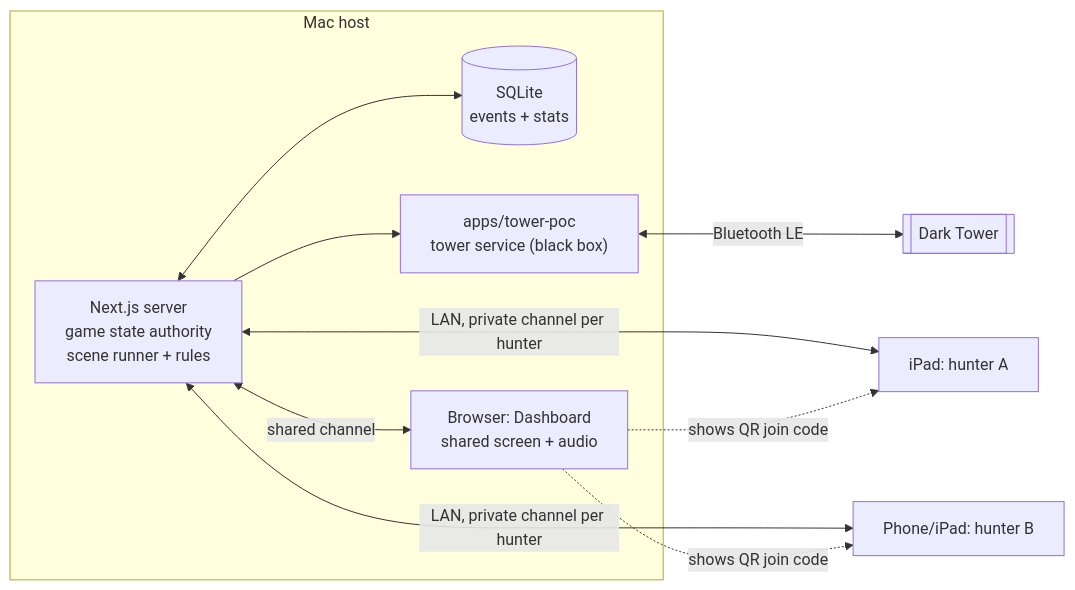
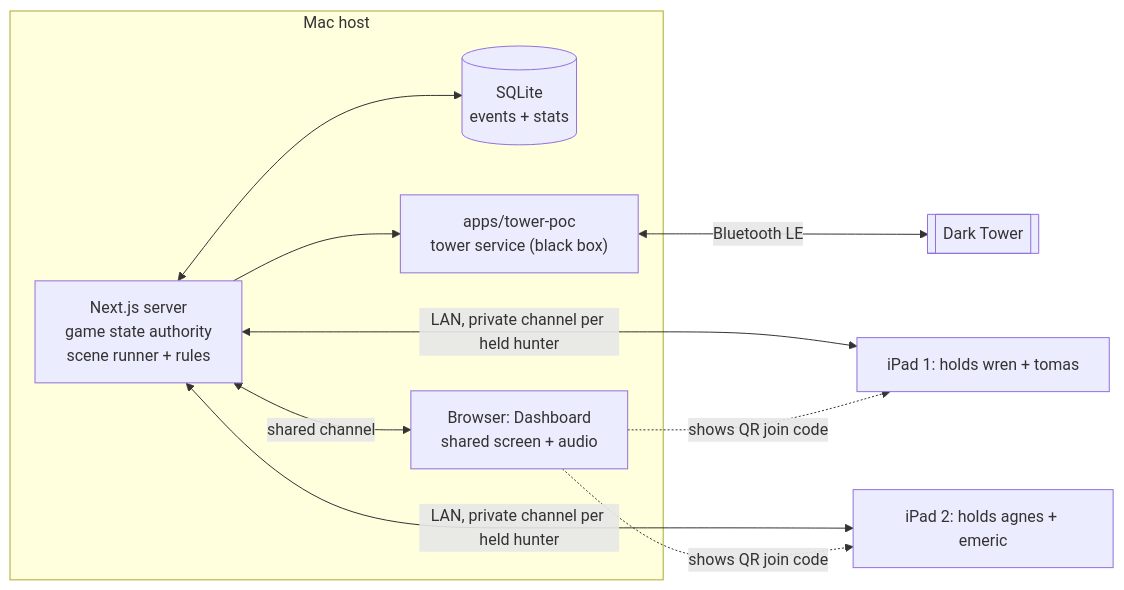
The diagram in apps/burgomaster-funeral-poc/docs/PRD.md (bpaksi/bloodtower), drawn with Mermaid before and after one commit. The commit also changed other lines of this file and 5 other files, not shown here.

````diff
--- a/apps/burgomaster-funeral-poc/docs/PRD.md
+++ b/apps/burgomaster-funeral-poc/docs/PRD.md
@@ -45,17 +48,17 @@
 ```mermaid
 flowchart LR
   subgraph Mac["Mac host"]
     S["Next.js server<br/>game state authority<br/>scene runner + rules"]
     DB[("SQLite<br/>events + stats")]
     T["apps/tower-poc<br/>tower service (black box)"]
     D["Browser: Dashboard<br/>shared screen + audio"]
     S <--> DB
     S --> T
     S <-->|"shared channel"| D
   end
   T <-->|"Bluetooth LE"| TW[["Dark Tower"]]
-  S <-->|"LAN, private channel per hunter"| P1["iPad: hunter A"]
-  S <-->|"LAN, private channel per hunter"| P2["Phone/iPad: hunter B"]
+  S <-->|"LAN, private channel per held hunter"| P1["iPad 1: holds wren + tomas"]
+  S <-->|"LAN, private channel per held hunter"| P2["iPad 2: holds agnes + emeric"]
   D -. "shows QR join code" .-> P1
   D -. "shows QR join code" .-> P2
 ```
````
